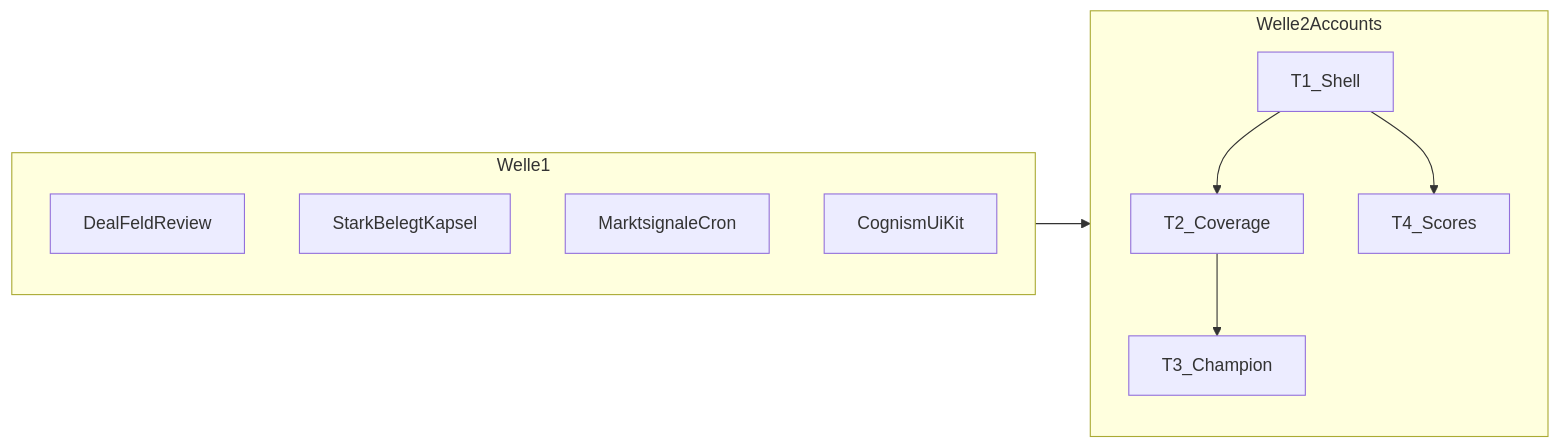
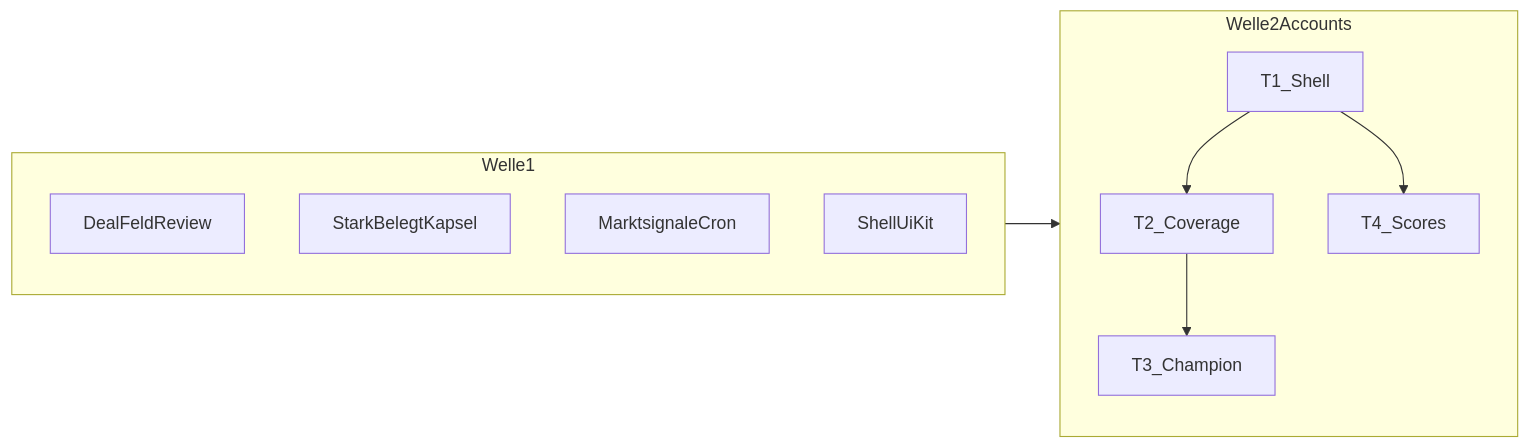
Before and after one commit to julienklobedanz/sales-app: the diagram in docs/arbeitspaket-Fixes 16.07. SaaS Brainstorming - Alex und Juloabnahme-2026-07.md, drawn with Mermaid. The commit also changed other lines of this file and 20 other files, not shown here.

First line of the commit message:
refactor(shell): rename Cognism identifiers to app-shell

````diff
--- a/docs/arbeitspaket-Fixes 16.07. SaaS Brainstorming - Alex und Juloabnahme-2026-07.md
+++ b/docs/arbeitspaket-Fixes 16.07. SaaS Brainstorming - Alex und Juloabnahme-2026-07.md
@@ -19,18 +19,18 @@
 ```mermaid
 flowchart LR
   subgraph wave1 [Welle1]
     Review[DealFeldReview]
     Capsule[StarkBelegtKapsel]
     Feeds[MarktsignaleCron]
-    Cognism[CognismUiKit]
+    Shell[ShellUiKit]
   end
   subgraph wave2 [Welle2Accounts]
     T1[T1_Shell]
     T2[T2_Coverage]
     T3[T3_Champion]
     T4[T4_Scores]
   end
   wave1 --> wave2
   T1 --> T2 --> T3
   T1 --> T4
 ```
````
